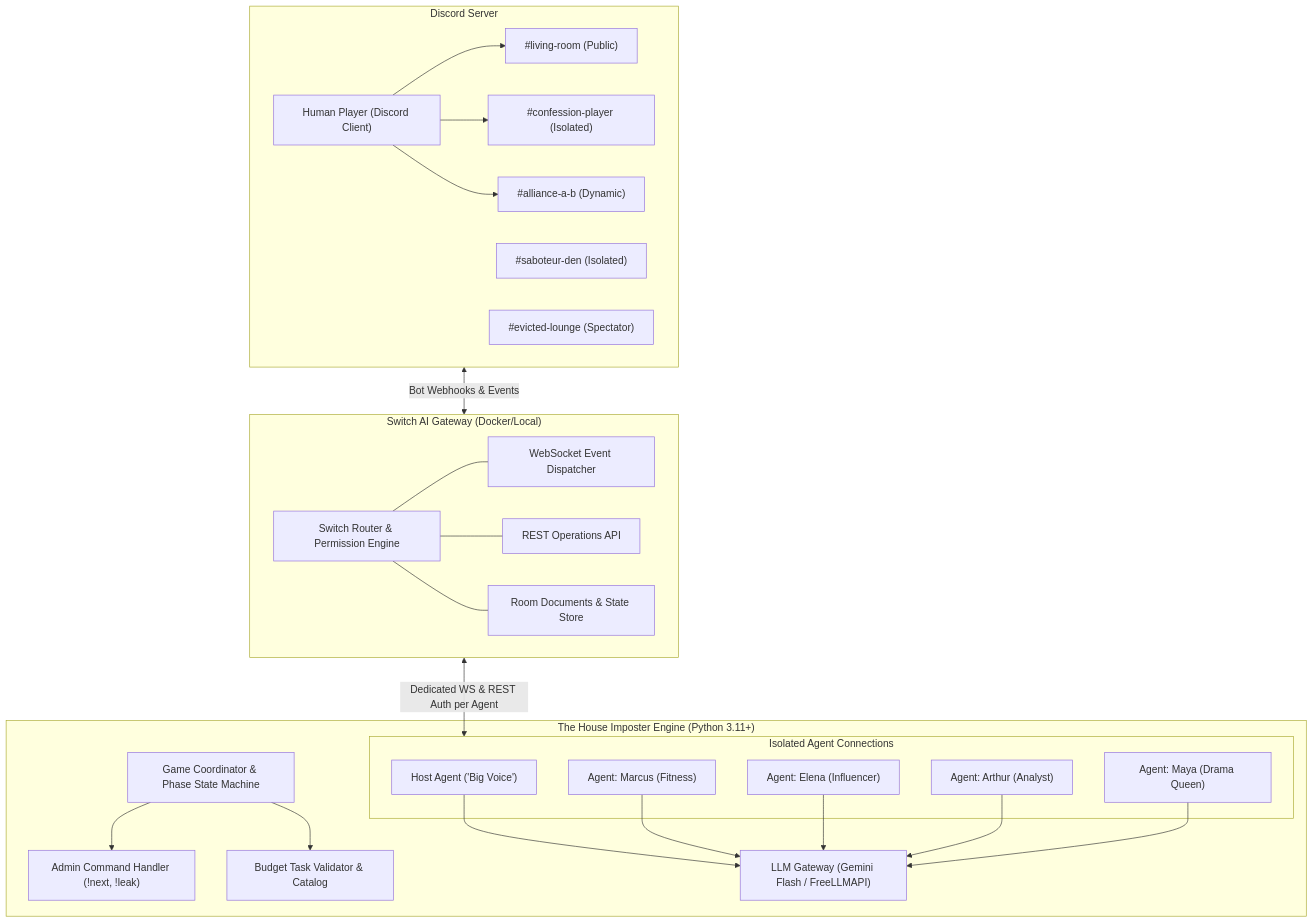
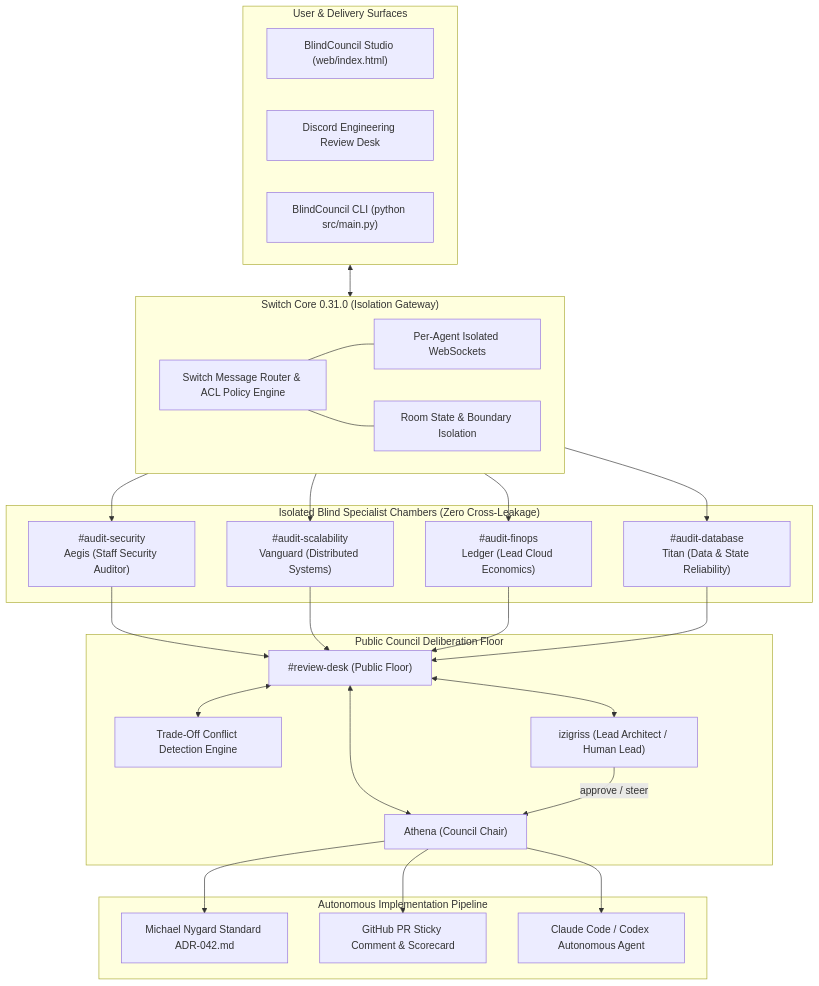
Before and after one commit to ace-ify/quorum: the first of 2 diagrams in docs/ARCHITECTURE.md, drawn with Mermaid. The commit also changed other lines of this file and 22 other files, not shown here.

Commit message:
feat(studio): launch enterprise BlindCouncil Studio with room isolation monitor, visual topology, formal invariants, and upgraded enterprise docs

````diff
--- a/docs/ARCHITECTURE.md
+++ b/docs/ARCHITECTURE.md
@@ -11,52 +12,57 @@
 ```mermaid
 flowchart TD
-    subgraph Discord ["Discord Server"]
-        LR["#living-room (Public)"]
-        CR["#confession-player (Isolated)"]
-        SD["#saboteur-den (Isolated)"]
-        AR["#alliance-a-b (Dynamic)"]
-        EL["#evicted-lounge (Spectator)"]
-        Human["Human Player (Discord Client)"]
-        Human --> LR
-        Human --> CR
-        Human --> AR
+    subgraph UI ["User & Delivery Surfaces"]
+        Studio["BlindCouncil Studio (web/index.html)"]
+        Discord["Discord Engineering Review Desk"]
+        CLI["BlindCouncil CLI (python src/main.py)"]
     end
 
-    subgraph Switch ["Switch AI Gateway (Docker/Local)"]
-        S_Gateway["Switch Router & Permission Engine"]
-        S_WS["WebSocket Event Dispatcher"]
-        S_REST["REST Operations API"]
-        S_DB["Room Documents & State Store"]
+    subgraph Switch ["Switch Core 0.31.0 (Isolation Gateway)"]
+        SW_Router["Switch Message Router & ACL Policy Engine"]
+        SW_WS["Per-Agent Isolated WebSockets"]
+        SW_Rooms["Room State & Boundary Isolation"]
         
-        S_Gateway --- S_WS
-        S_Gateway --- S_REST
-        S_Gateway --- S_DB
+        SW_Router --- SW_WS
+        SW_Router --- SW_Rooms
     end
 
-    Discord <-->|"Bot Webhooks & Events"| Switch
-
-    subgraph GameApp ["The House Imposter Engine (Python 3.11+)"]
-        Engine["Game Coordinator & Phase State Machine"]
-        Admin["Admin Command Handler (!next, !leak)"]
-        TaskEngine["Budget Task Validator & Catalog"]
-        LLM["LLM Gateway (Gemini Flash / FreeLLMAPI)"]
-        
-        subgraph Agents ["Isolated Agent Connections"]
-            HostAg["Host Agent ('Big Voice')"]
-            A1["Agent: Marcus (Fitness)"]
-            A2["Agent: Elena (Influencer)"]
-            A3["Agent: Arthur (Analyst)"]
-            A4["Agent: Maya (Drama Queen)"]
-        end
-        
-        Engine --> TaskEngine
-        Engine --> Admin
-        HostAg --> LLM
-        A1 --> LLM
-        A2 --> LLM
-        A3 --> LLM
-        A4 --> LLM
+    subgraph Chambers ["Isolated Blind Specialist Chambers (Zero Cross-Leakage)"]
+        ChSec["#audit-security\nAegis (Staff Security Auditor)"]
+        ChScale["#audit-scalability\nVanguard (Distributed Systems)"]
+        ChFin["#audit-finops\nLedger (Lead Cloud Economics)"]
+        ChData["#audit-database\nTitan (Data & State Reliability)"]
     end
 
-    Switch <-->|"Dedicated WS & REST Auth per Agent"| Agents
+    subgraph CouncilFloor ["Public Council Deliberation Floor"]
+        Chair["Athena (Council Chair)"]
+        ConflictEngine["Trade-Off Conflict Detection Engine"]
+        PublicFloor["#review-desk (Public Floor)"]
+        Human["izigriss (Lead Architect / Human Lead)"]
+    end
+
+    subgraph Downstream ["Autonomous Implementation Pipeline"]
+        ADR["Michael Nygard Standard ADR-042.md"]
+        PRComment["GitHub PR Sticky Comment & Scorecard"]
+        ClaudeCode["Claude Code / Codex Autonomous Agent"]
+    end
+
+    UI <--> Switch
+    Switch --> ChSec
+    Switch --> ChScale
+    Switch --> ChFin
+    Switch --> ChData
+
+    ChSec --> PublicFloor
+    ChScale --> PublicFloor
+    ChFin --> PublicFloor
+    ChData --> PublicFloor
+
+    PublicFloor <--> Chair
+    PublicFloor <--> ConflictEngine
+    PublicFloor <--> Human
+
+    Human -- "approve / steer" --> Chair
+    Chair --> ADR
+    Chair --> PRComment
+    Chair --> ClaudeCode
 ```
````
